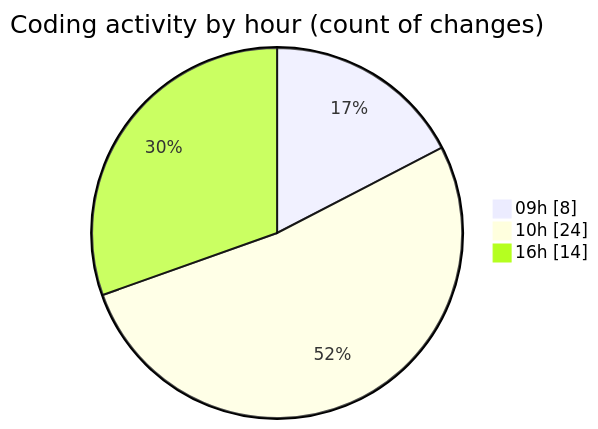
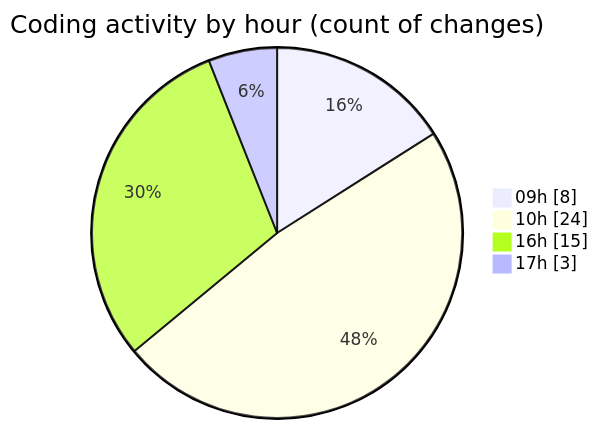
Before and after one commit to julien-gomy/code-tracking: the second of 2 diagrams in 2025-10-09/eventscop-frontend-guide__workspace_/README.md, drawn with Mermaid. The commit also changed other lines of this file and 1 other file, not shown here.

````diff
--- a/2025-10-09/eventscop-frontend-guide__workspace_/README.md
+++ b/2025-10-09/eventscop-frontend-guide__workspace_/README.md
@@ -47,7 +47,8 @@
 ```mermaid
 pie showData
 title Coding activity by hour (count of changes)
 "09h" : 8
 "10h" : 24
-"16h" : 14
+"16h" : 15
+"17h" : 3
 ```
````
